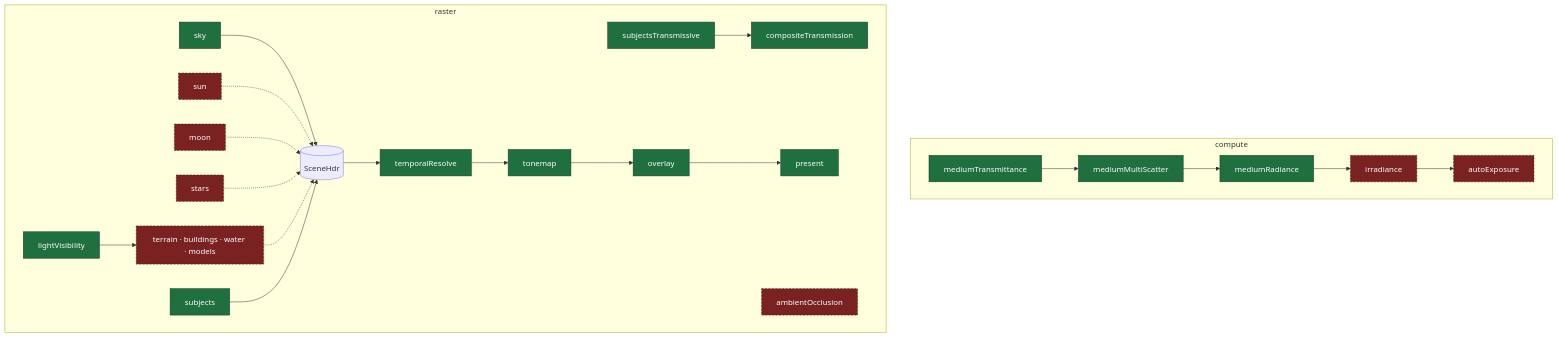
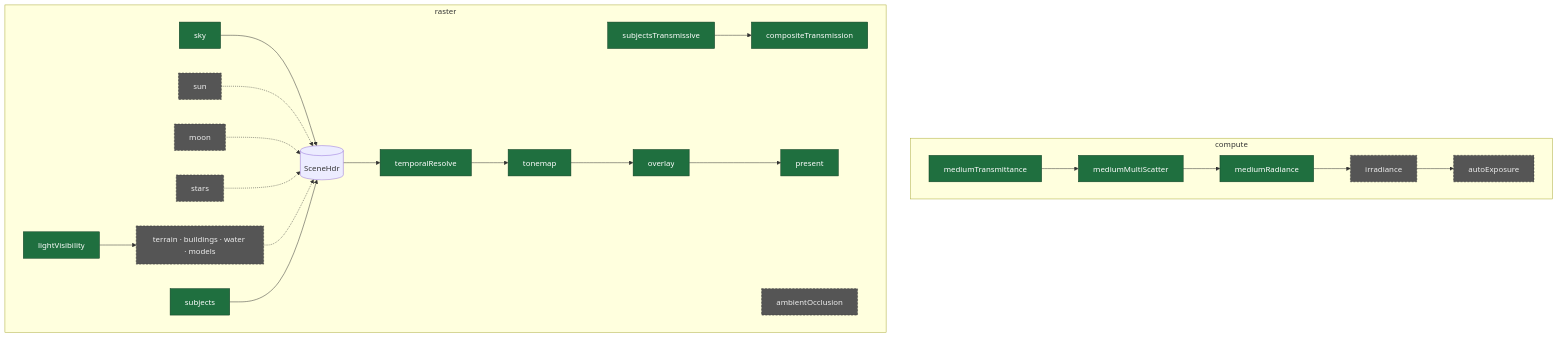
The fourth of 10 diagrams in CLAUDE.md (Weichwolf/outshine), drawn with Mermaid before and after one commit. The commit also changed other lines of this file, not shown here.

First line of the commit message:
CLAUDE.md: declared colour semantics on every diagram, and no work-item numbers in the map

````diff
--- a/CLAUDE.md
+++ b/CLAUDE.md
@@ -93,22 +96,22 @@
 ```mermaid
 flowchart TD
   subgraph compute
     T["mediumTransmittance"] --> M["mediumMultiScatter"] --> R["mediumRadiance"]
     R --> IR["irradiance"] --> AE["autoExposure"]
   end
   subgraph raster
     LV["lightVisibility"] --> GEO
     SKY["sky"] --> HDR[("SceneHdr")]
     SUN["sun"] & MOON["moon"] & STARS["stars"] -.-> HDR
     GEO["terrain · buildings · water · models"] -.-> HDR
     SUBJ["subjects"] --> HDR
     GLASS["subjectsTransmissive"] --> CT["compositeTransmission"]
     AO["ambientOcclusion"]
     HDR --> TAA["temporalResolve"] --> TONE["tonemap"] --> OV["overlay"] --> P["present"]
   end
 
   classDef built fill:#1f6f3f,stroke:#0d3b21,color:#fff
-  classDef absent fill:#7a2222,stroke:#3d1111,color:#fff,stroke-dasharray:4 3
+  classDef absent fill:#555,stroke:#333,color:#eee,stroke-dasharray:4 3
   class T,M,R,SKY,LV,SUBJ,GLASS,CT,TAA,TONE,OV,P built
   class IR,AE,SUN,MOON,STARS,GEO,AO absent
 ```
````
